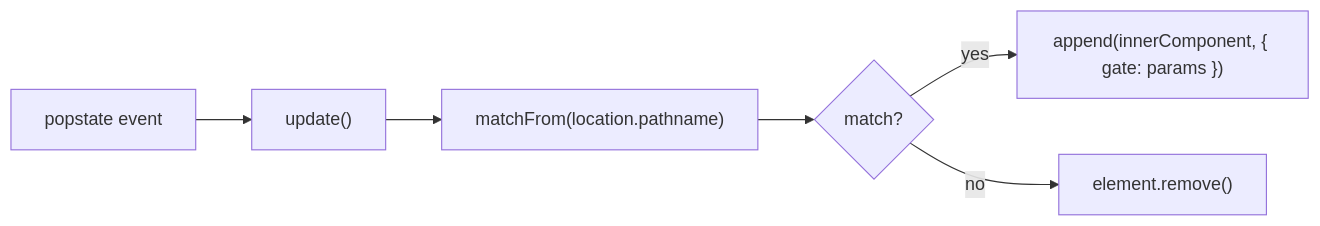
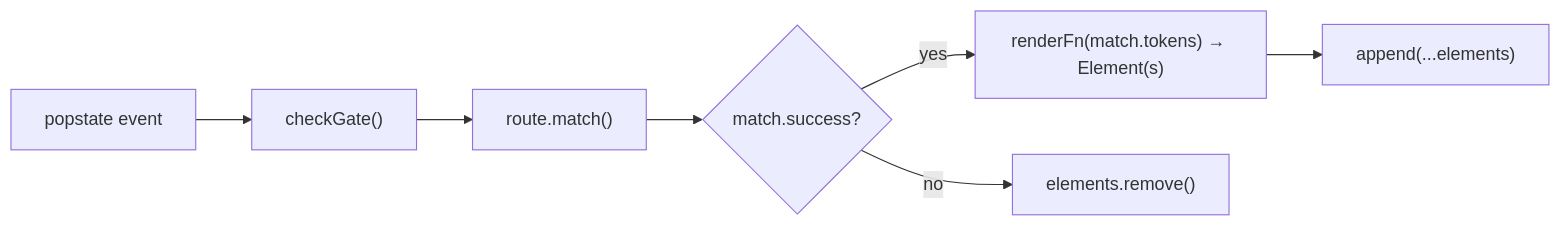
Before and after one commit to Marvin-Brouwer/rooted: the second of 2 diagrams in docs/architecture.md, drawn with Mermaid. The commit also changed other lines of this file and 3 other files, not shown here.

````diff
--- a/docs/architecture.md
+++ b/docs/architecture.md
@@ -202,15 +200,17 @@
 ```mermaid
 flowchart LR
     popstate["popstate event"]
-    update["update()"]
-    match["matchFrom(location.pathname)"]
-    decision{"match?"}
-    append["append(innerComponent, { gate: params })"]
-    remove["element.remove()"]
+    check["checkGate()"]
+    match["route.match()"]
+    decision{"match.success?"}
+    render["renderFn(match.tokens) → Element(s)"]
+    append["append(...elements)"]
+    remove["elements.remove()"]
 
-    popstate  --> update
-    update    --> match
+    popstate  --> check
+    check     --> match
     match     --> decision
-    decision  -->|yes| append
+    decision  -->|yes| render
+    render    --> append
     decision  -->|no| remove
 ```
````
